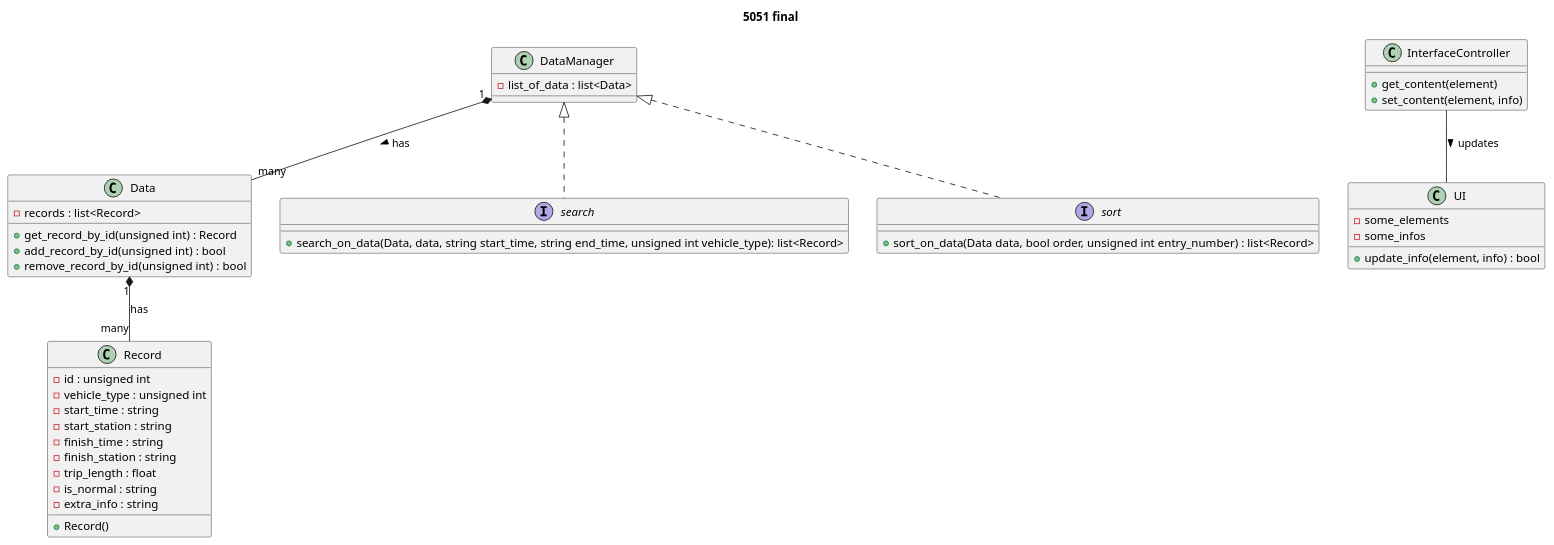
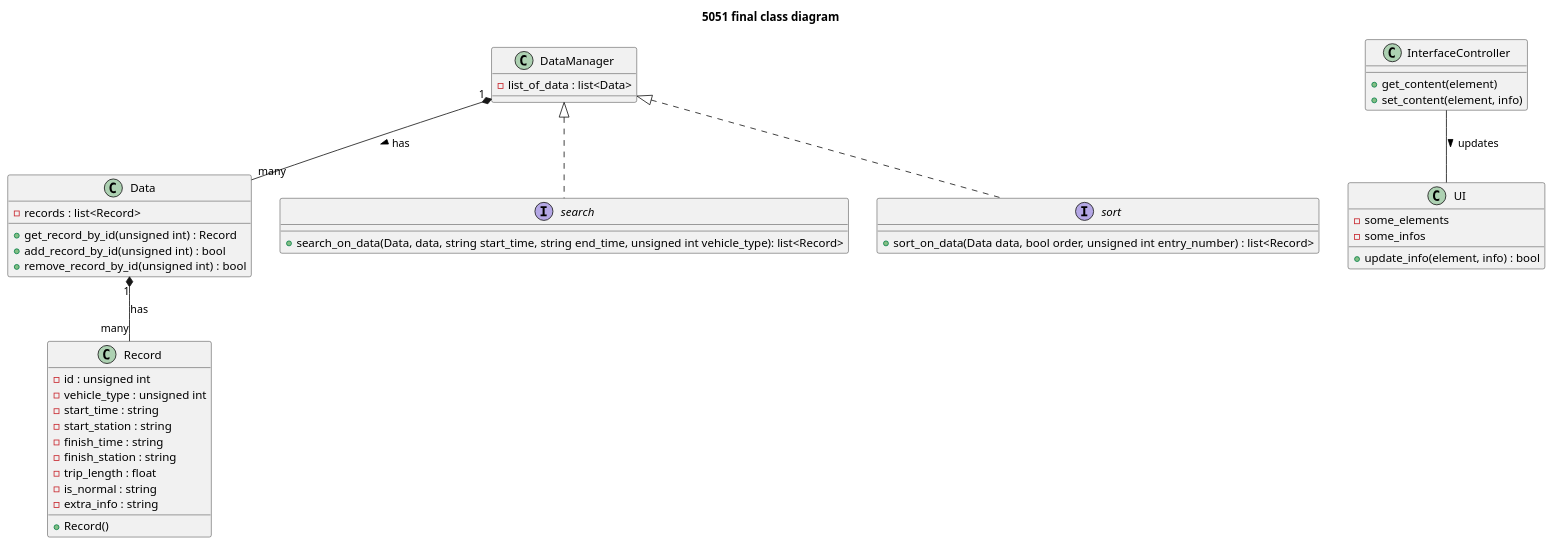
One commit to NNNeil-C/HKUST_DDM_MSDM5001_PROJECT2 changed the diagram in class diagram.wsd. Above: the diagram before and after it, drawn with PlantUML. The commit also changed other lines of this file, not shown here.

Commit message:
modify title

```diff
--- a/class diagram.wsd
+++ b/class diagram.wsd
@@ -11,52 +11,52 @@
  @startuml 5051 final
- title 5051 final
+ title 5051 final class diagram
 
  class Record {
     - id : unsigned int
     - vehicle_type : unsigned int
     - start_time : string
     - start_station : string
     - finish_time : string
     - finish_station : string
     - trip_length : float
     - is_normal : string
     - extra_info : string
     + Record()
 }
 
 class Data {
     - records : list<Record>
     + get_record_by_id(unsigned int) : Record
     + add_record_by_id(unsigned int) : bool
     + remove_record_by_id(unsigned int) : bool
 }
 
 class DataManager {
     - list_of_data : list<Data>
 }
 
 interface search{
     + search_on_data(Data, data, string start_time, string end_time, unsigned int vehicle_type): list<Record>
 } 
 
 interface sort {
     + sort_on_data(Data data, bool order, unsigned int entry_number) : list<Record>
 }
 
 class InterfaceController {
     + get_content(element)
     + set_content(element, info)
 }
 
 class UI {
     - some_elements
     - some_infos
     + update_info(element, info) : bool
 }
 
 Data "1" *-- "many" Record : has
 InterfaceController -- UI : > updates
 DataManager "1" *-- "many" Data : > has
 DataManager <|.. search
 DataManager <|.. sort
 @enduml
```
